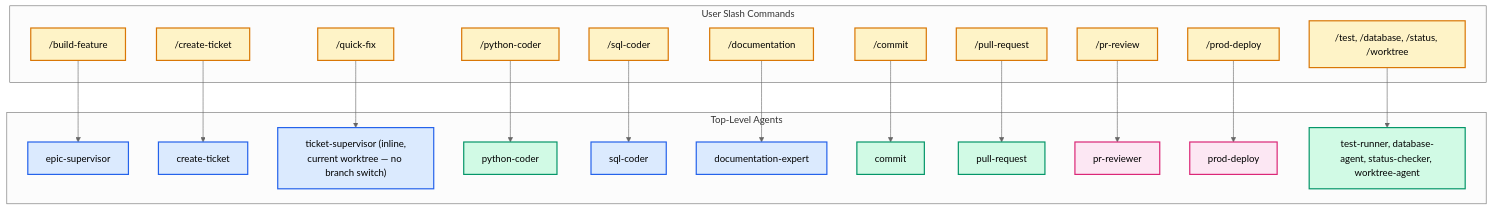
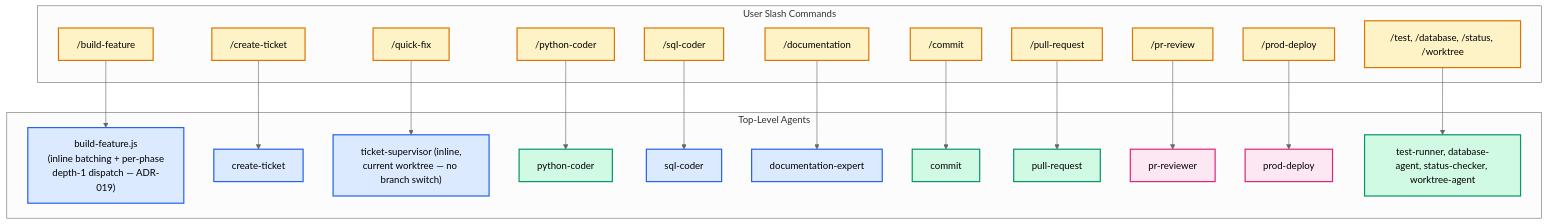
The first of 11 diagrams in docs/architecture/agent_delivery_workflows.md (urlmonitor/leafcutter-ai), drawn with Mermaid (neutral theme) before and after one commit. The commit also changed other lines of this file and 3 other files, not shown here.

First line of the commit message:
docs(build-feature): ADR-019 + delivery-workflows update for inline phase dispatch

````diff
--- a/docs/architecture/agent_delivery_workflows.md
+++ b/docs/architecture/agent_delivery_workflows.md
@@ -86,50 +86,50 @@
 ```mermaid
 flowchart TD
     classDef ui fill:#fef3c7,stroke:#d97706,stroke-width:2px;
     classDef orchestrator fill:#dbeafe,stroke:#2563eb,stroke-width:2px;
     classDef worker fill:#d1fae5,stroke:#059669,stroke-width:2px;
     classDef gatekeeper fill:#fce7f3,stroke:#db2777,stroke-width:2px;
 
     %% Slash Commands
     subgraph Commands ["User Slash Commands"]
         cmdBuild["/build-feature"]:::ui
         cmdTicket["/create-ticket"]:::ui
         cmdQuickFix["/quick-fix"]:::ui
         cmdPy["/python-coder"]:::ui
         cmdSql["/sql-coder"]:::ui
         cmdDoc["/documentation"]:::ui
         cmdCommit["/commit"]:::ui
         cmdPR["/pull-request"]:::ui
         cmdReview["/pr-review"]:::ui
         cmdDeploy["/prod-deploy"]:::ui
         cmdOther["/test, /database, /status, /worktree"]:::ui
     end
 
     %% Top-Level Agents
     subgraph Primary_Agents ["Top-Level Agents"]
-        epicSup["epic-supervisor"]:::orchestrator
+        buildFeat["build-feature.js<br/>(inline batching + per-phase<br/>depth-1 dispatch — ADR-019)"]:::orchestrator
         createTick["create-ticket"]:::orchestrator
         quickFixAgt["ticket-supervisor (inline,<br/>current worktree — no branch switch)"]:::orchestrator
         pyCoder["python-coder"]:::worker
         sqlCoder["sql-coder"]:::orchestrator
         docExp["documentation-expert"]:::orchestrator
         commitAgt["commit"]:::worker
         prAgt["pull-request"]:::worker
         prRev["pr-reviewer"]:::gatekeeper
         prodDep["prod-deploy"]:::gatekeeper
         otherAgts["test-runner, database-agent, status-checker, worktree-agent"]:::worker
     end
 
     %% Mappings
-    cmdBuild --> epicSup
+    cmdBuild --> buildFeat
     cmdTicket --> createTick
     cmdQuickFix --> quickFixAgt
     cmdPy --> pyCoder
     cmdSql --> sqlCoder
     cmdDoc --> docExp
     cmdCommit --> commitAgt
     cmdPR --> prAgt
     cmdReview --> prRev
     cmdDeploy --> prodDep
     cmdOther --> otherAgts
 ```
````
